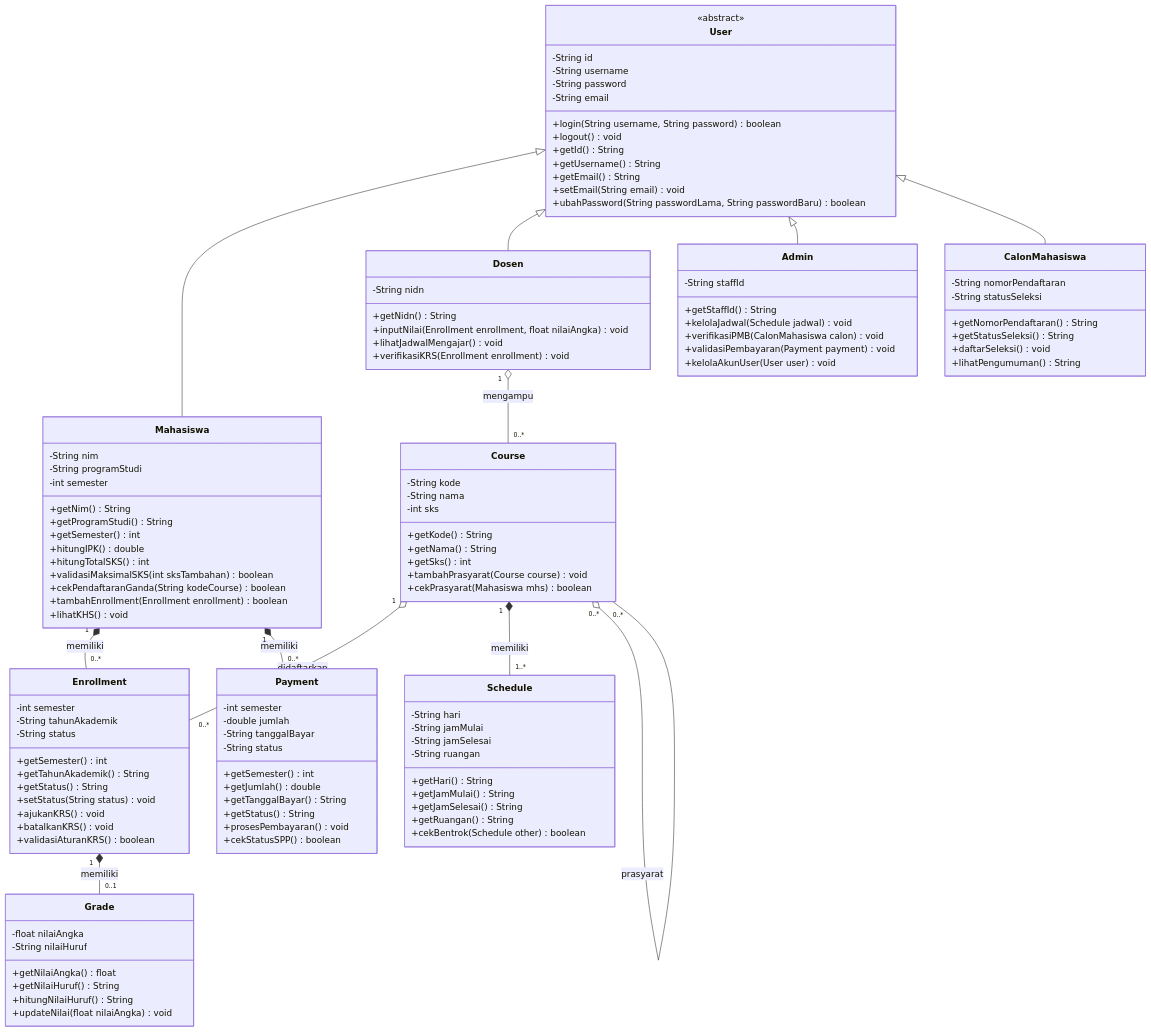
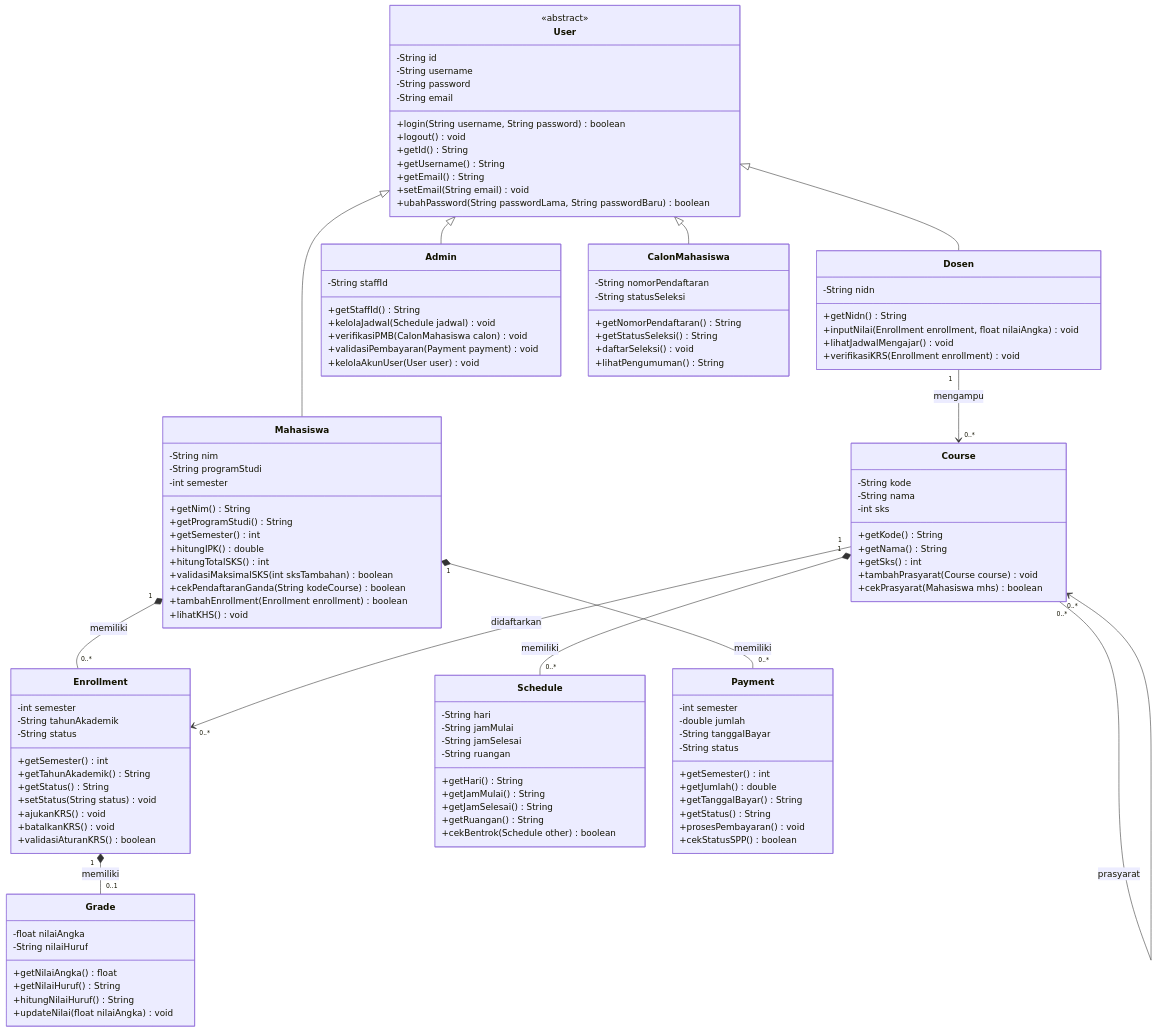
One commit to zainunkamal/sevima-mini changed the diagram in diagram/class-diagram.mmd. Above: the diagram before and after it, drawn with Mermaid. The commit also changed 3 other files, not shown here.

```diff
--- a/diagram/class-diagram.mmd
+++ b/diagram/class-diagram.mmd
@@ -1,127 +1,127 @@
 classDiagram
     class User {
         <<abstract>>
         -String id
         -String username
         -String password
         -String email
         +login(String username, String password) boolean
         +logout() void
         +getId() String
         +getUsername() String
         +getEmail() String
         +setEmail(String email) void
         +ubahPassword(String passwordLama, String passwordBaru) boolean
     }
 
     class Mahasiswa {
         -String nim
         -String programStudi
         -int semester
         +getNim() String
         +getProgramStudi() String
         +getSemester() int
         +hitungIPK() double
         +hitungTotalSKS() int
         +validasiMaksimalSKS(int sksTambahan) boolean
         +cekPendaftaranGanda(String kodeCourse) boolean
         +tambahEnrollment(Enrollment enrollment) boolean
         +lihatKHS() void
     }
 
     class Dosen {
         -String nidn
         +getNidn() String
         +inputNilai(Enrollment enrollment, float nilaiAngka) void
         +lihatJadwalMengajar() void
         +verifikasiKRS(Enrollment enrollment) void
     }
 
     class Admin {
         -String staffId
         +getStaffId() String
         +kelolaJadwal(Schedule jadwal) void
         +verifikasiPMB(CalonMahasiswa calon) void
         +validasiPembayaran(Payment payment) void
         +kelolaAkunUser(User user) void
     }
 
     class CalonMahasiswa {
         -String nomorPendaftaran
         -String statusSeleksi
         +getNomorPendaftaran() String
         +getStatusSeleksi() String
         +daftarSeleksi() void
         +lihatPengumuman() String
     }
 
     class Course {
         -String kode
         -String nama
         -int sks
         +getKode() String
         +getNama() String
         +getSks() int
         +tambahPrasyarat(Course course) void
         +cekPrasyarat(Mahasiswa mhs) boolean
     }
 
     class Enrollment {
         -int semester
         -String tahunAkademik
         -String status
         +getSemester() int
         +getTahunAkademik() String
         +getStatus() String
         +setStatus(String status) void
         +ajukanKRS() void
         +batalkanKRS() void
         +validasiAturanKRS() boolean
     }
 
     class Schedule {
         -String hari
         -String jamMulai
         -String jamSelesai
         -String ruangan
         +getHari() String
         +getJamMulai() String
         +getJamSelesai() String
         +getRuangan() String
         +cekBentrok(Schedule other) boolean
     }
 
     class Grade {
         -float nilaiAngka
         -String nilaiHuruf
         +getNilaiAngka() float
         +getNilaiHuruf() String
         +hitungNilaiHuruf() String
         +updateNilai(float nilaiAngka) void
     }
 
     class Payment {
         -int semester
         -double jumlah
         -String tanggalBayar
         -String status
         +getSemester() int
         +getJumlah() double
         +getTanggalBayar() String
         +getStatus() String
         +prosesPembayaran() void
         +cekStatusSPP() boolean
     }
 
     User <|-- Mahasiswa
     User <|-- Dosen
     User <|-- Admin
     User <|-- CalonMahasiswa
 
     Mahasiswa "1" *-- "0..*" Enrollment : memiliki
-    Course "1" o-- "0..*" Enrollment : didaftarkan
     Enrollment "1" *-- "0..1" Grade : memiliki
     Mahasiswa "1" *-- "0..*" Payment : memiliki
-    Course "1" *-- "1..*" Schedule : memiliki
-    Course "0..*" o-- "0..*" Course : prasyarat
-    Dosen "1" o-- "0..*" Course : mengampu
+    Course "1" *-- "0..*" Schedule : memiliki
+    Course "1" --> "0..*" Enrollment : didaftarkan
+    Course "0..*" --> "0..*" Course : prasyarat
+    Dosen "1" --> "0..*" Course : mengampu
```
